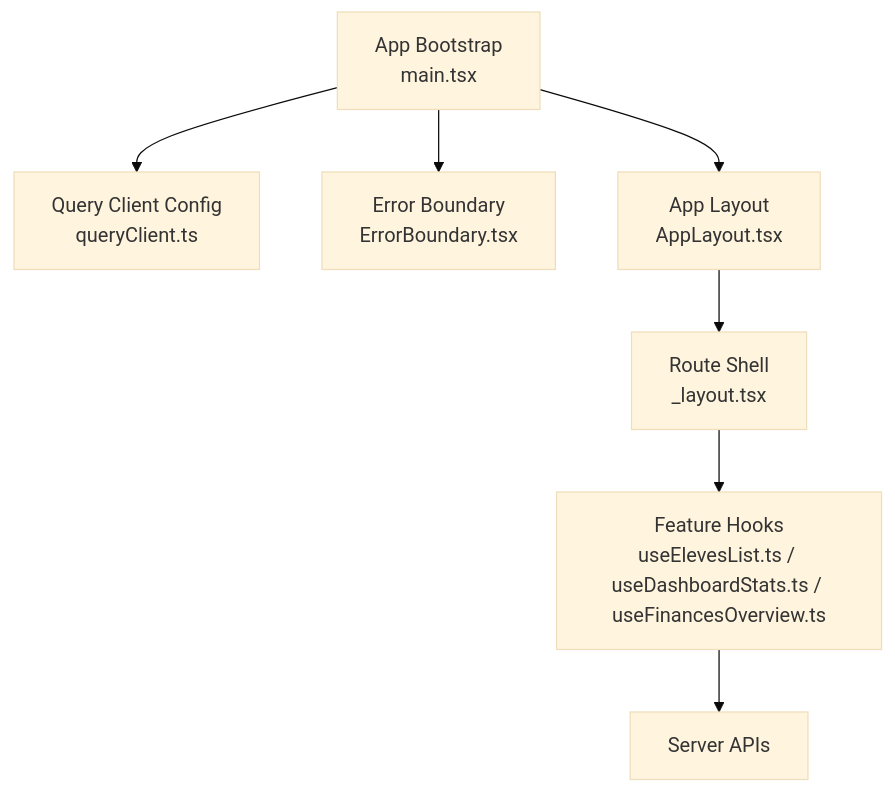
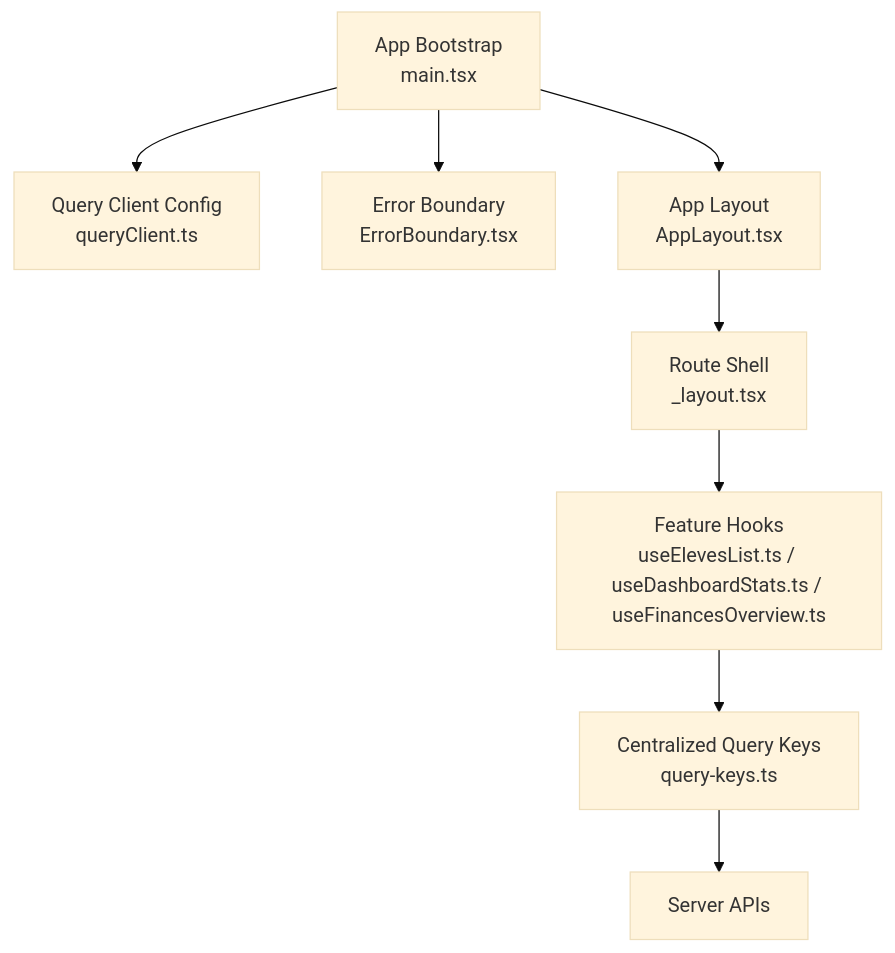
One commit to franckylab/eLISAschool changed the first of 6 diagrams in .qoder/repowiki/en/content/System Architecture/Frontend Architecture/State Management/React Query Integration.md. Above: the diagram before and after it, drawn with Mermaid (base theme). The commit also changed other lines of this file and 6 other files, not shown here.

````diff
--- a/.qoder/repowiki/en/content/System Architecture/Frontend Architecture/State Management/React Query Integration.md
+++ b/.qoder/repowiki/en/content/System Architecture/Frontend Architecture/State Management/React Query Integration.md
@@ -38,9 +49,10 @@
 ```mermaid
 graph TB
 A["App Bootstrap<br/>main.tsx"] --> B["Query Client Config<br/>queryClient.ts"]
 A --> C["Error Boundary<br/>ErrorBoundary.tsx"]
 A --> D["App Layout<br/>AppLayout.tsx"]
 D --> E["Route Shell<br/>_layout.tsx"]
 E --> F["Feature Hooks<br/>useElevesList.ts / useDashboardStats.ts / useFinancesOverview.ts"]
-F --> G["Server APIs"]
+F --> G["Centralized Query Keys<br/>query-keys.ts"]
+G --> H["Server APIs"]
 ```
````
